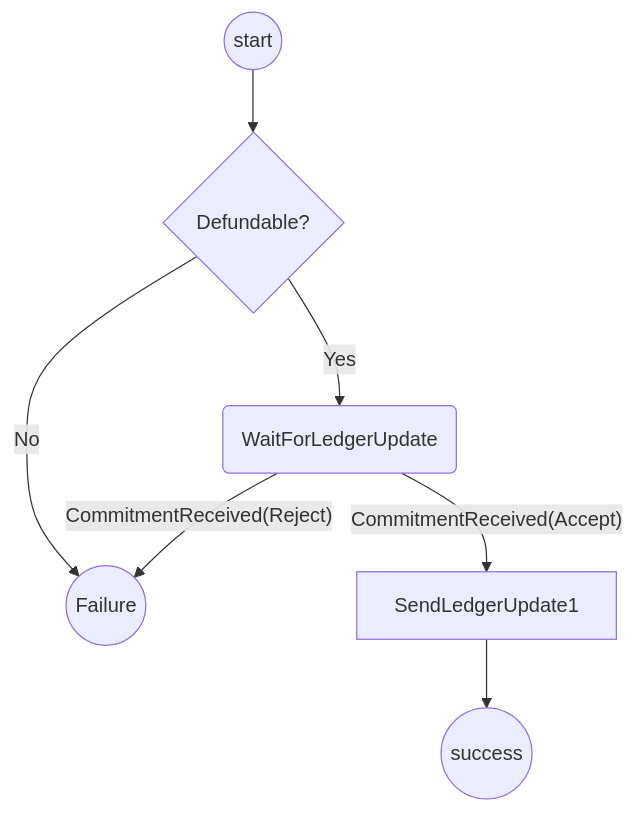
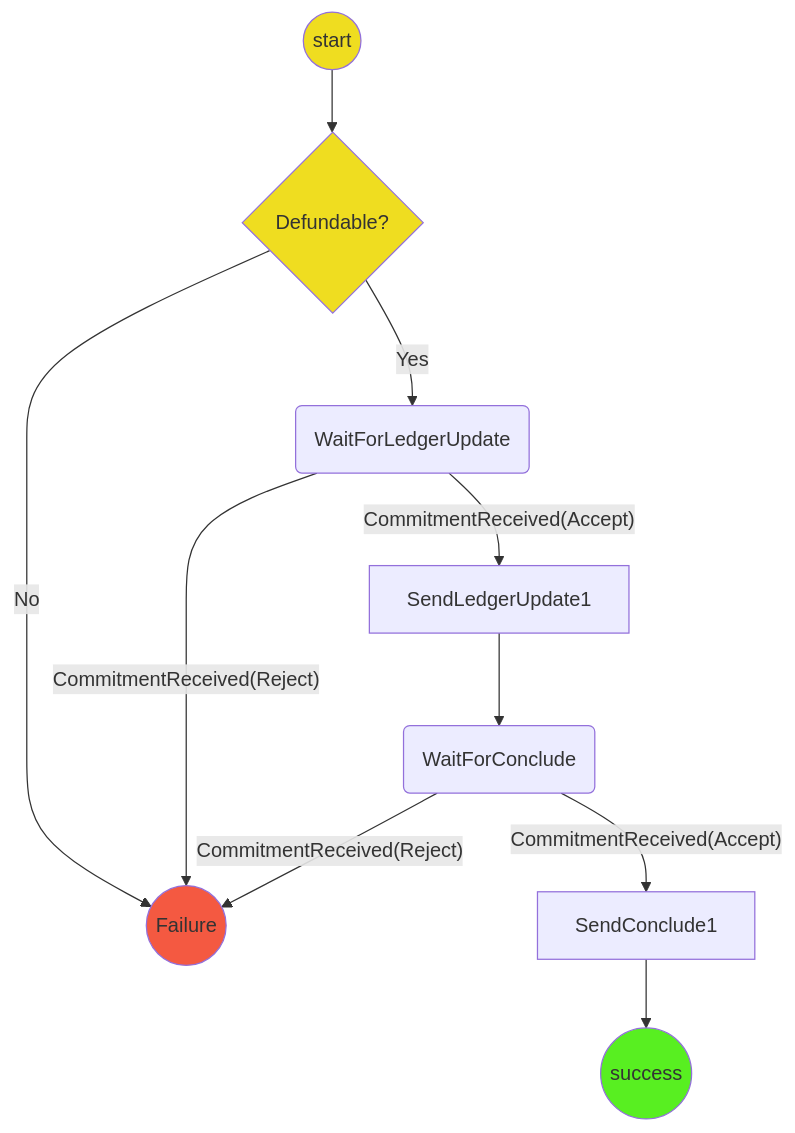
One commit to statechannels/statechannels changed the second of 2 diagrams in packages/rps/packages/wallet/src/redux/protocols/indirect-defunding/readme.md. Above: the diagram before and after it, drawn with Mermaid. The commit also changed other lines of this file and 76 other files, not shown here.

````diff
--- a/packages/rps/packages/wallet/src/redux/protocols/indirect-defunding/readme.md
+++ b/packages/rps/packages/wallet/src/redux/protocols/indirect-defunding/readme.md
@@ -27,10 +39,19 @@
 ```mermaid
 graph TD
+linkStyle default interpolate basis
   St((start))-->DF{Defundable?}
   DF --> |No| F((Failure))
   DF --> |Yes| WFU(WaitForLedgerUpdate)
   WFU-->|"CommitmentReceived(Accept)"|SC1[SendLedgerUpdate1]
   WFU --> |"CommitmentReceived(Reject)"| F
-  SC1-->S((success))
+  SC1-->WFC(WaitForConclude)
+  WFC --> |"CommitmentReceived(Accept)"|SCo1[SendConclude1]
+  SCo1-->Su((success))
+  WFC --> |"CommitmentReceived(Reject)"| F
+
+  style St  fill:#efdd20
+  style DF  fill:#efdd20
+  style Su fill:#58ef21
+  style F  fill:#f45941
 
 ```
````
